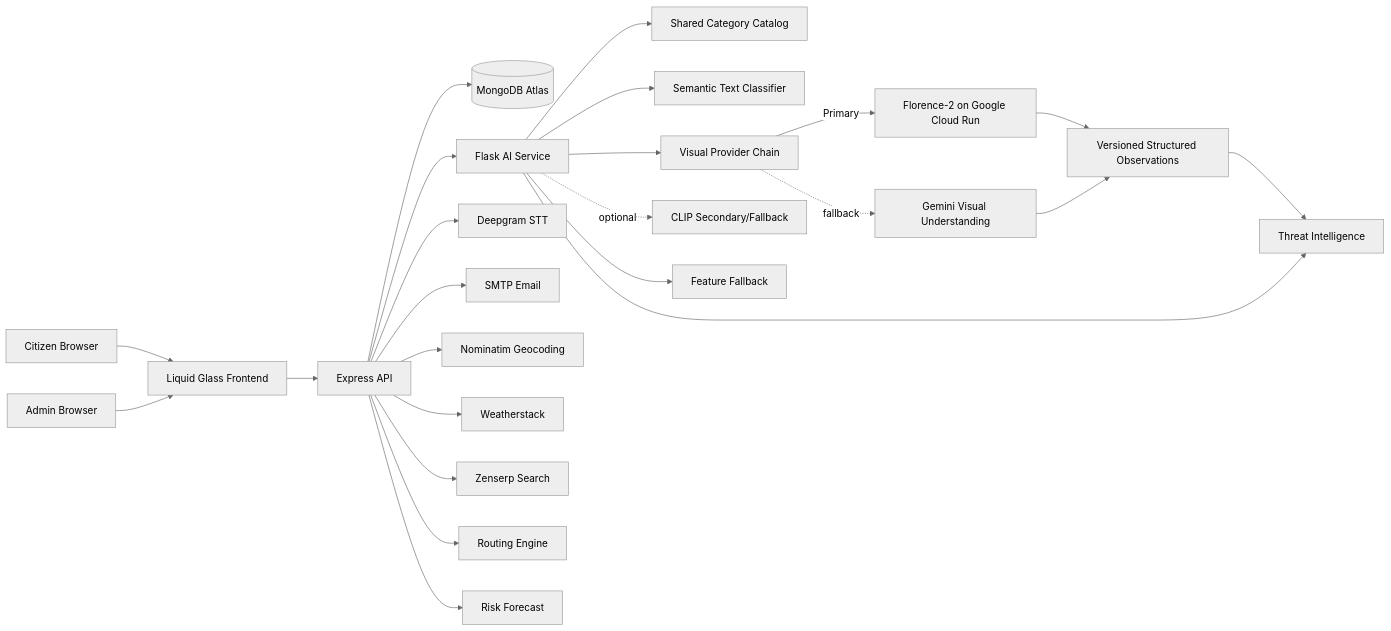
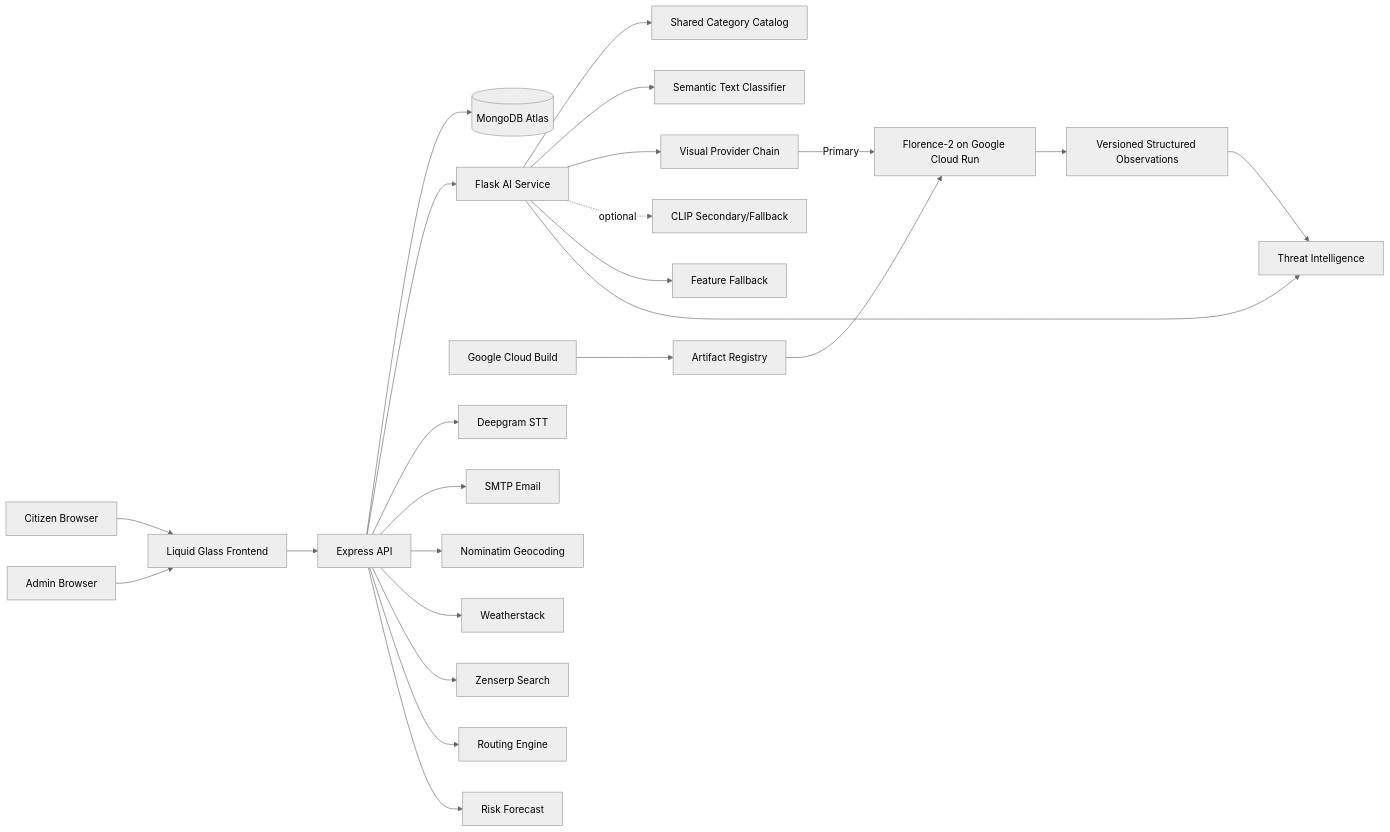
One commit to Shreyas0047/Urban-Pulse-Ai changed the first of 2 diagrams in README.md. Above: the diagram before and after it, drawn with Mermaid (neutral theme). The commit also changed other lines of this file, not shown here.

````diff
--- a/README.md
+++ b/README.md
@@ -120,26 +120,26 @@
 ```mermaid
 flowchart LR
     Citizen[Citizen Browser] --> Frontend[Liquid Glass Frontend]
     Admin[Admin Browser] --> Frontend
     Frontend --> Express[Express API]
     Express --> Mongo[(MongoDB Atlas)]
     Express --> Flask[Flask AI Service]
     Flask --> Catalog[Shared Category Catalog]
     Flask --> TextAI[Semantic Text Classifier]
     Flask --> Provider[Visual Provider Chain]
     Provider -->|Primary| VisionAI[Florence-2 on Google Cloud Run]
-    Provider -. fallback .-> Gemini[Gemini Visual Understanding]
+    CloudBuild[Google Cloud Build] --> Registry[Artifact Registry]
+    Registry --> VisionAI
     VisionAI --> Observation[Versioned Structured Observations]
-    Gemini --> Observation
     Observation --> ThreatAI
     Flask -. optional .-> CLIP[CLIP Secondary/Fallback]
     Flask --> VisionFallback[Feature Fallback]
     Flask --> ThreatAI[Threat Intelligence]
     Express --> Deepgram[Deepgram STT]
     Express --> SMTP[SMTP Email]
     Express --> Geo[Nominatim Geocoding]
     Express --> Weather[Weatherstack]
     Express --> Zenserp[Zenserp Search]
     Express --> Routing[Routing Engine]
     Express --> Risk[Risk Forecast]
 ```
````
